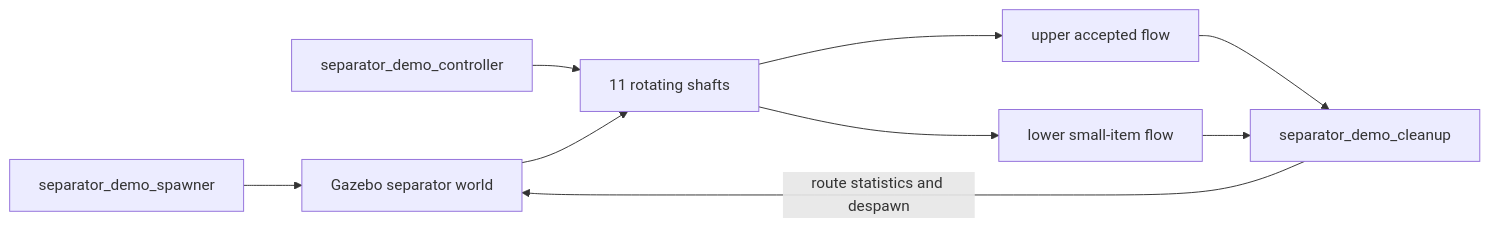
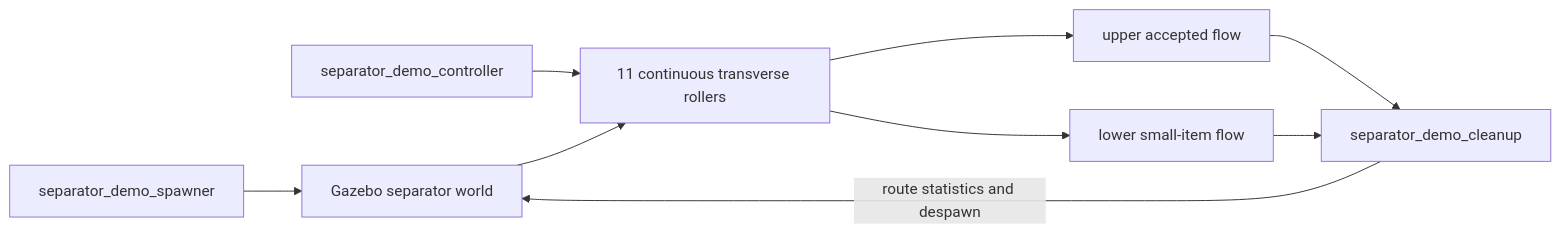
Before and after one commit to MAKSytka/digital_twin_convey: the fifth of 7 diagrams in docs/ARCHITECTURE.md, drawn with Mermaid. The commit also changed other lines of this file, not shown here.

Commit message:
docs: align separator architecture with 80 mm opening

````diff
--- a/docs/ARCHITECTURE.md
+++ b/docs/ARCHITECTURE.md
@@ -106,19 +106,19 @@
 ```mermaid
 flowchart LR
     SP[separator_demo_spawner]
     IW[Gazebo separator world]
     IC[separator_demo_controller]
-    SCREEN[11 rotating shafts]
+    SCREEN[11 continuous transverse rollers]
     UP[upper accepted flow]
     LOW[lower small-item flow]
     MON[separator_demo_cleanup]
 
     SP --> IW
     IC --> SCREEN
     IW --> SCREEN
     SCREEN --> UP
     SCREEN --> LOW
     UP --> MON
     LOW --> MON
     MON -->|route statistics and despawn| IW
 ```
````
